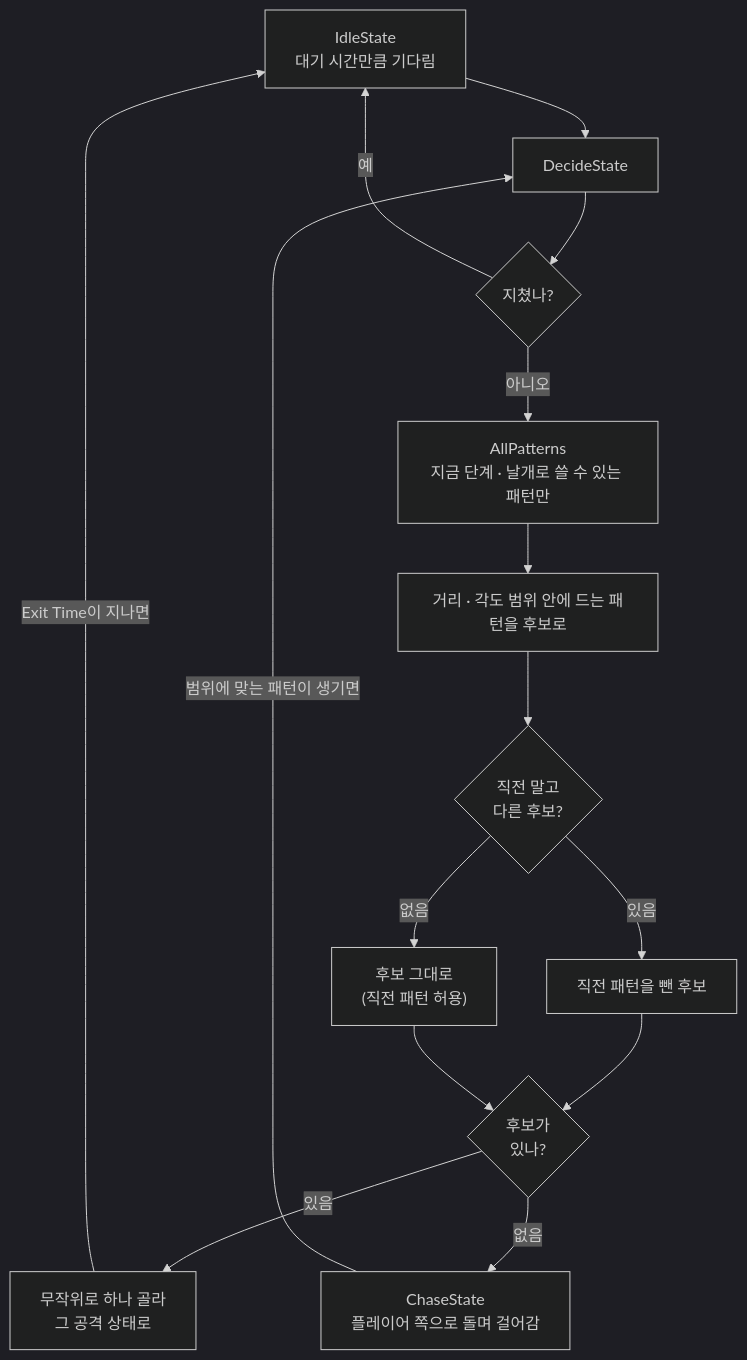
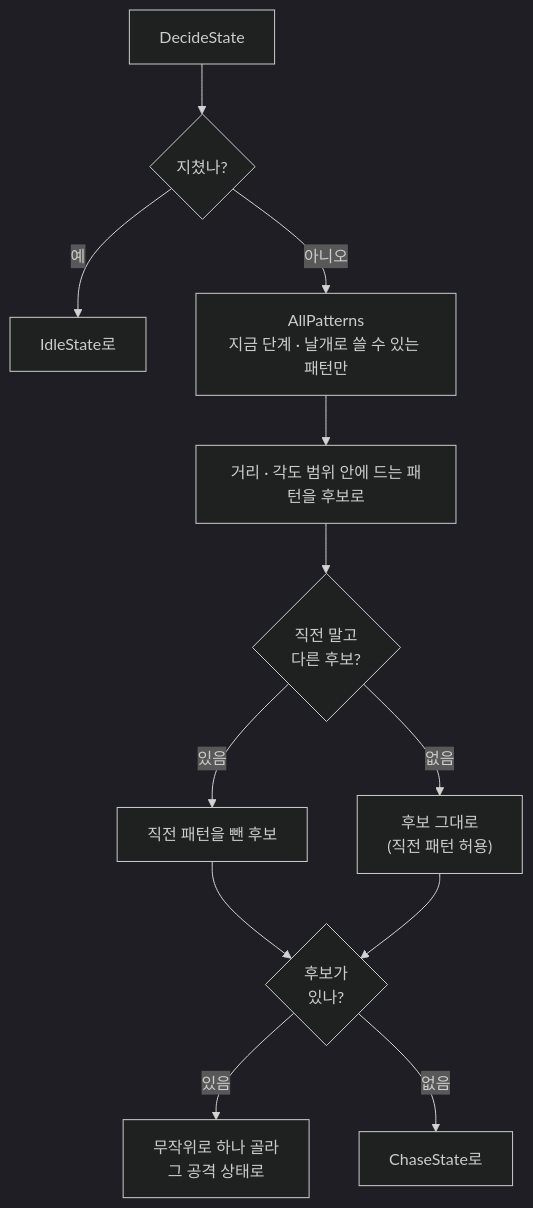
One commit to Gryphon34/portfolio-template changed the fourth of 10 diagrams in src/2-soul-knight/기술문서.md. Above: the diagram before and after it, drawn with Mermaid (dark theme). The commit also changed other lines of this file and 28 other files, not shown here.

````diff
--- a/src/2-soul-knight/기술문서.md
+++ b/src/2-soul-knight/기술문서.md
@@ -318,17 +297,14 @@
 ```mermaid
 flowchart TD
-    I["IdleState<br/>대기 시간만큼 기다림"] --> D["DecideState"]
-    D --> X{"지쳤나?"}
-    X -->|예| I
+    D["DecideState"] --> X{"지쳤나?"}
+    X -->|예| I["IdleState로"]
     X -->|아니오| S["AllPatterns<br/>지금 단계 · 날개로 쓸 수 있는 패턴만"]
     S --> R["거리 · 각도 범위 안에 드는 패턴을 후보로"]
     R --> L{"직전 말고<br/>다른 후보?"}
     L -->|있음| L1["직전 패턴을 뺀 후보"]
     L -->|없음| L2["후보 그대로<br/>(직전 패턴 허용)"]
     L1 --> C{"후보가<br/>있나?"}
     L2 --> C
     C -->|있음| A["무작위로 하나 골라<br/>그 공격 상태로"]
-    C -->|없음| CH["ChaseState<br/>플레이어 쪽으로 돌며 걸어감"]
-    CH -->|범위에 맞는 패턴이 생기면| D
-    A -->|Exit Time이 지나면| I
+    C -->|없음| CH["ChaseState로"]
 ```
````
